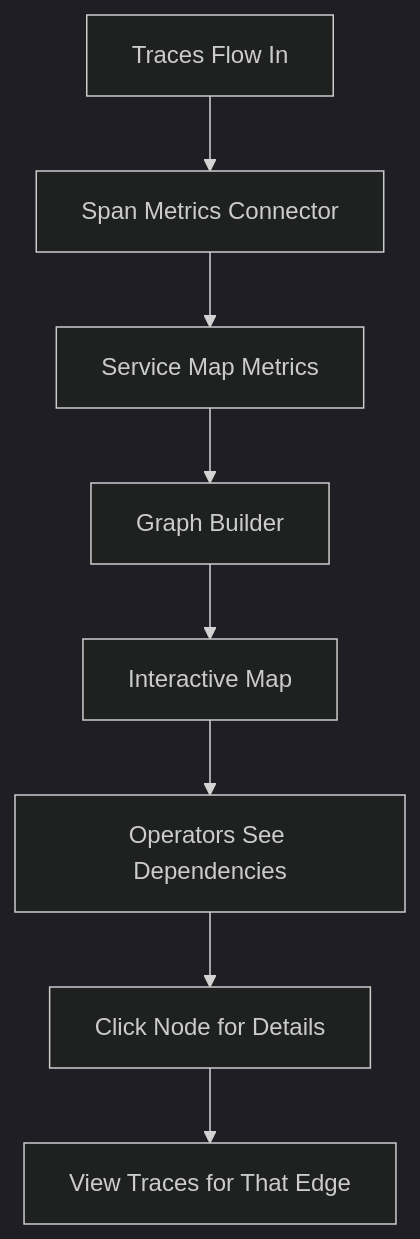
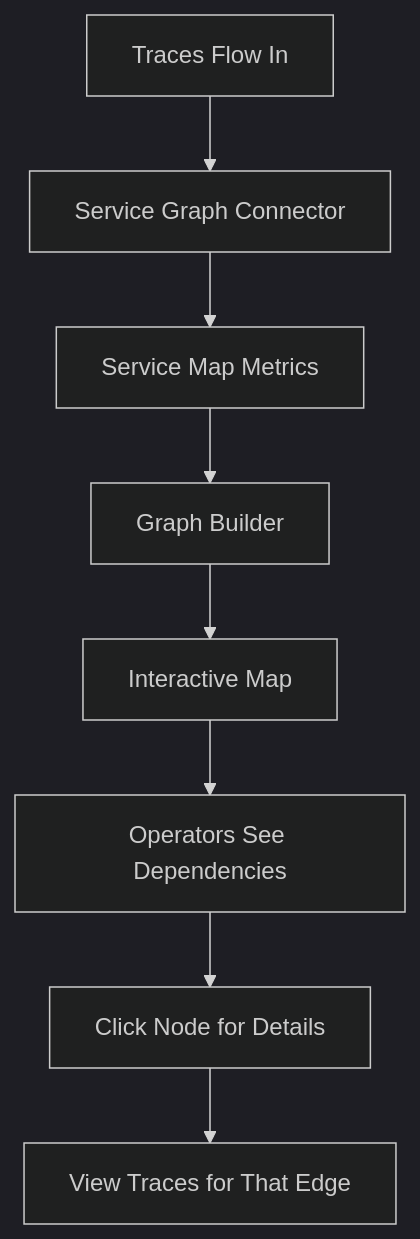
The second of 2 diagrams in posts/2026-02-06-service-maps-opentelemetry-traces/README.md (OneUptime/blog), drawn with Mermaid (dark theme) before and after one commit. The commit also changed other lines of this file and 2 other files, not shown here.

Commit message:
validate: 2026-02-06-service-maps-opentelemetry-traces

````diff
--- a/posts/2026-02-06-service-maps-opentelemetry-traces/README.md
+++ b/posts/2026-02-06-service-maps-opentelemetry-traces/README.md
@@ -294,10 +297,10 @@
 ```mermaid
 graph TD
-    A[Traces Flow In] --> B[Span Metrics Connector]
+    A[Traces Flow In] --> B[Service Graph Connector]
     B --> C[Service Map Metrics]
     C --> D[Graph Builder]
     D --> E[Interactive Map]
     E --> F[Operators See Dependencies]
     F --> G[Click Node for Details]
     G --> H[View Traces for That Edge]
 ```
````
